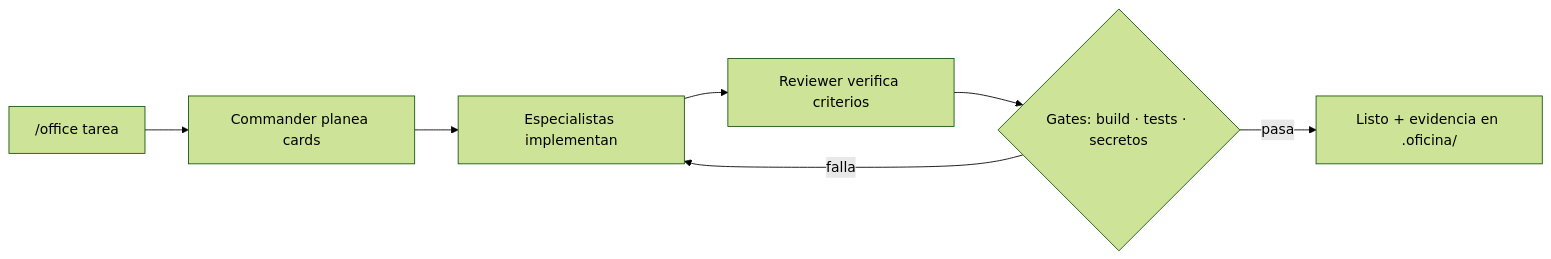
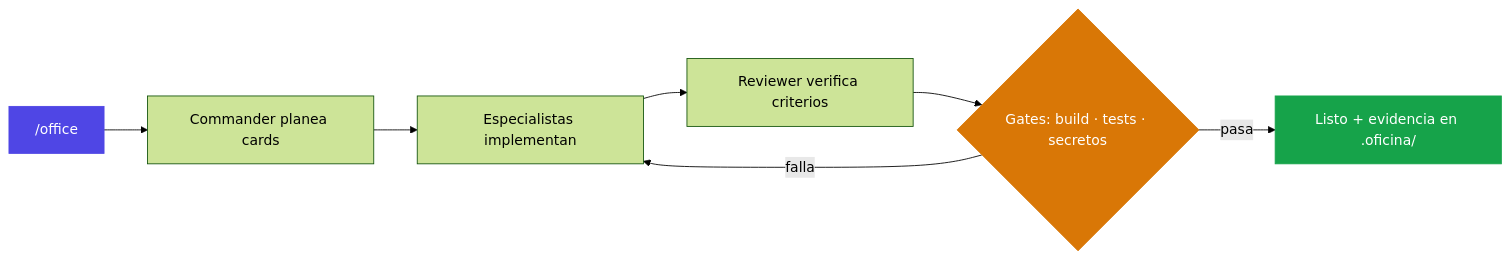
The diagram in README.es.md (SOCRAMbt/AI-OFFICE), drawn with Mermaid (forest theme) before and after one commit. The commit also changed other lines of this file and 1 other file, not shown here.

Commit message:
docs: epic README v2 — premium landing, dark/light banners, navigation, features table, Mermaid styled

````diff
--- a/README.es.md
+++ b/README.es.md
@@ -116,9 +130,13 @@
 ```mermaid
 flowchart LR
-    A["/office tarea"] --> B["Commander planea cards"]
+    A["/office <tarea>"] --> B["Commander planea cards"]
     B --> C["Especialistas implementan"]
     C --> D["Reviewer verifica criterios"]
     D --> E{"Gates: build · tests · secretos"}
     E -- "falla" --> C
     E -- "pasa" --> F["Listo + evidencia en .oficina/"]
+
+    style A fill:#4f46e5,stroke:#4f46e5,color:#fff
+    style F fill:#16a34a,stroke:#16a34a,color:#fff
+    style E fill:#d97706,stroke:#d97706,color:#fff
 ```
````
